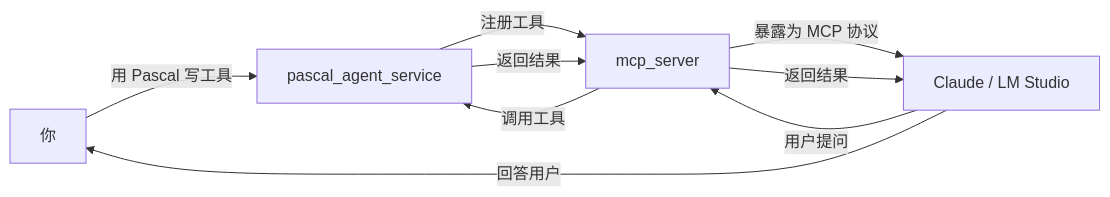
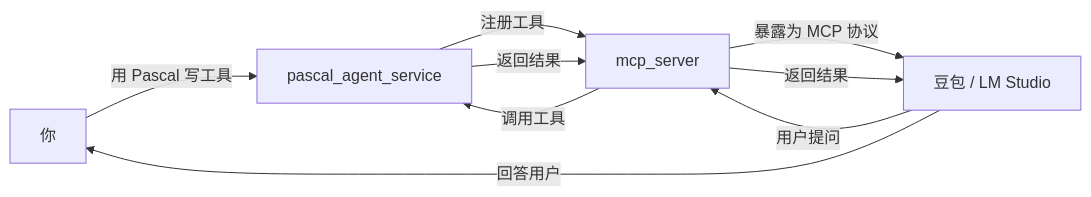
One commit to PassByYou888/LingoFuse-pasAgent changed the diagram in readme.md. Above: the diagram before and after it, drawn with Mermaid. The commit also changed other lines of this file, not shown here.

````diff
--- a/readme.md
+++ b/readme.md
@@ -96,11 +109,11 @@
 ```mermaid
 graph LR
     User[你] -->|用 Pascal 写工具| Pas[pascal_agent_service]
     Pas -->|注册工具| MCP[mcp_server]
-    MCP -->|暴露为 MCP 协议| AI[Claude / LM Studio]
+    MCP -->|暴露为 MCP 协议| AI[豆包 / LM Studio]
     AI -->|用户提问| MCP
     MCP -->|调用工具| Pas
     Pas -->|返回结果| MCP
     MCP -->|返回结果| AI
     AI -->|回答用户| User
 ```
````
